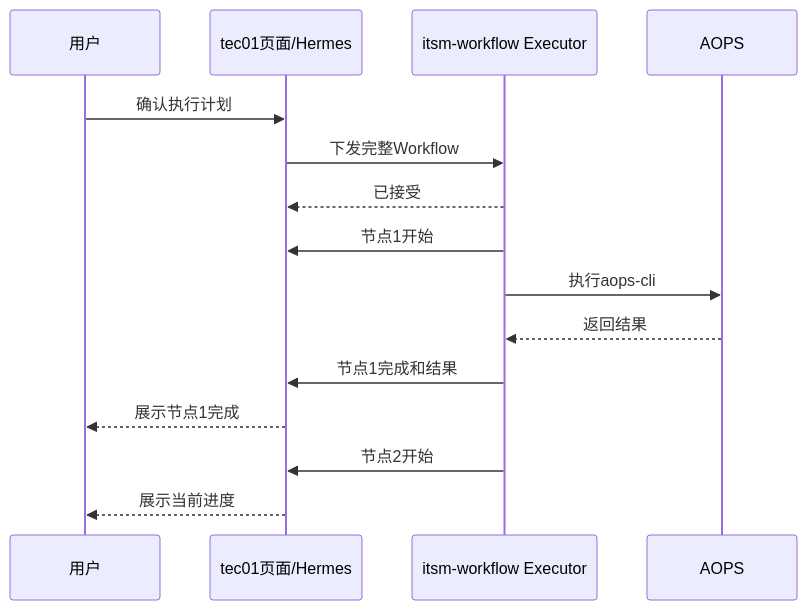
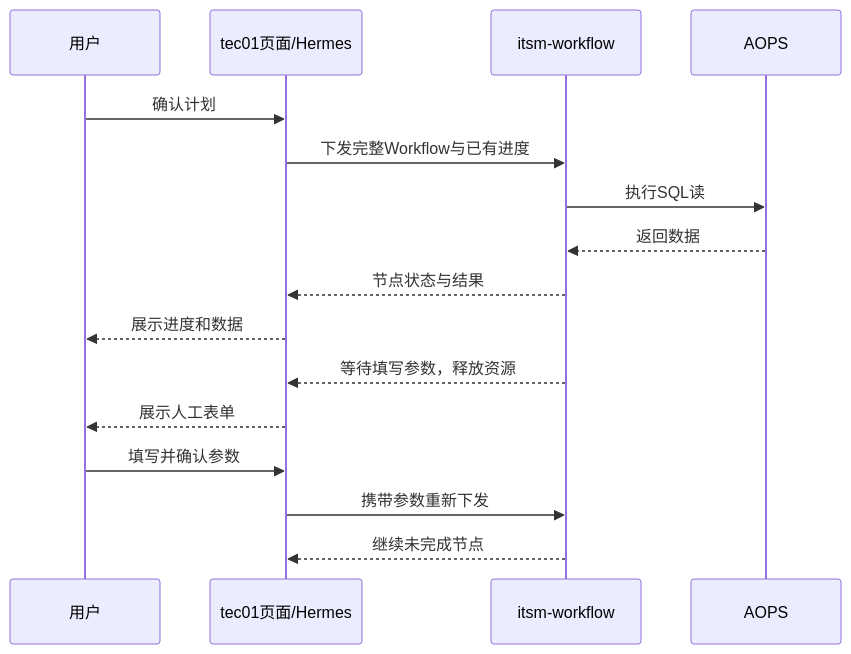
The third of 3 diagrams in docs/tec01-control-plane-split.md (armin1024/itsm-workflow), drawn with Mermaid before and after one commit. The commit also changed other lines of this file and 56 other files, not shown here.

````diff
--- a/docs/tec01-control-plane-split.md
+++ b/docs/tec01-control-plane-split.md
@@ -131,18 +59,18 @@
 ```mermaid
 sequenceDiagram
     participant U as 用户
     participant T as tec01页面/Hermes
-    participant E as itsm-workflow Executor
+    participant E as itsm-workflow
     participant A as AOPS
-
-    U->>T: 确认执行计划
-    T->>E: 下发完整Workflow
-    E-->>T: 已接受
-    E->>T: 节点1开始
-    E->>A: 执行aops-cli
-    A-->>E: 返回结果
-    E->>T: 节点1完成和结果
-    T-->>U: 展示节点1完成
-    E->>T: 节点2开始
-    T-->>U: 展示当前进度
+    U->>T: 确认计划
+    T->>E: 下发完整Workflow与已有进度
+    E->>A: 执行SQL读
+    A-->>E: 返回数据
+    E-->>T: 节点状态与结果
+    T-->>U: 展示进度和数据
+    E-->>T: 等待填写参数，释放资源
+    T-->>U: 展示人工表单
+    U->>T: 填写并确认参数
+    T->>E: 携带参数重新下发
+    E-->>T: 继续未完成节点
 ```
````
